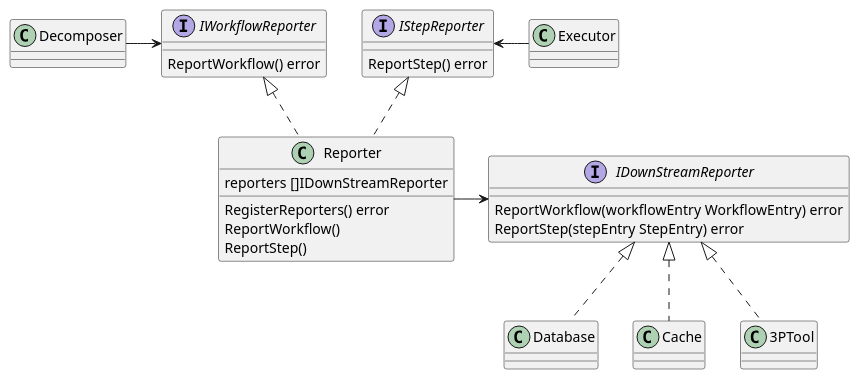
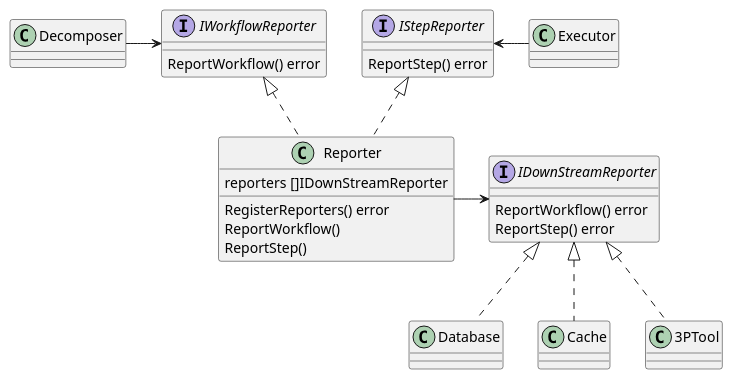
Before and after one commit to COSSAS/SOARCA: the diagram in docs/content/en/docs/core-components/reporting.md, drawn with PlantUML. The commit also changed 6 other files, not shown here.

````diff
--- a/docs/content/en/docs/core-components/reporting.md
+++ b/docs/content/en/docs/core-components/reporting.md
@@ -29,46 +29,46 @@
 ```plantuml
 @startuml
 set separator ::
 
 interface IStepReporter{
    ReportStep() error
 }
 
 interface IWorkflowReporter{
     ReportWorkflow() error
 }
 
 
 interface IDownStreamReporter {
-    ReportWorkflow(workflowEntry WorkflowEntry) error
-	ReportStep(stepEntry StepEntry) error
+    ReportWorkflow() error
+	ReportStep() error
 }
 
 class Reporter {
     reporters []IDownStreamReporter
 
     RegisterReporters() error
     ReportWorkflow()
     ReportStep()
 }
 
 class Database
 class Cache
 class 3PTool
 
 class Decomposer
 class Executor
 
 Decomposer -right-> IWorkflowReporter
 Executor -left-> IStepReporter
 
 Reporter .up.|> IStepReporter
 Reporter .up.|> IWorkflowReporter
 Reporter -right-> IDownStreamReporter
 
 
 Database .up.|> IDownStreamReporter
 Cache .up.|> IDownStreamReporter
 3PTool .up.|> IDownStreamReporter
 
 ```
````
